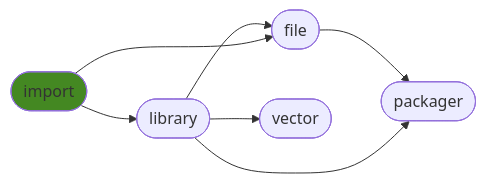
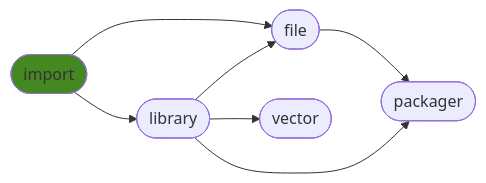
Before and after one commit to ManderaGeneral/generalimport: the diagram in README.md, drawn with Mermaid. The commit also changed other lines of this file, not shown here.

````diff
--- a/README.md
+++ b/README.md
@@ -28,15 +28,15 @@
 ```mermaid
 flowchart LR
-1([library]) --> 2([file])
+0([import]) --> 2([file])
+0([import]) --> 1([library])
 2([file]) --> 4([packager])
 1([library]) --> 4([packager])
-0([import]) --> 1([library])
+1([library]) --> 2([file])
 1([library]) --> 3([vector])
-0([import]) --> 2([file])
 click 0 "https://github.com/ManderaGeneral/generalimport"
 click 1 "https://github.com/ManderaGeneral/generallibrary"
 click 2 "https://github.com/ManderaGeneral/generalfile"
 click 3 "https://github.com/ManderaGeneral/generalvector"
 click 4 "https://github.com/ManderaGeneral/generalpackager"
 style 0 fill:#482
 ```
````
